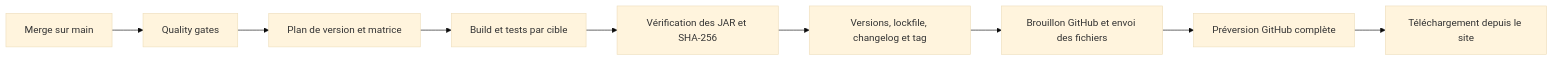
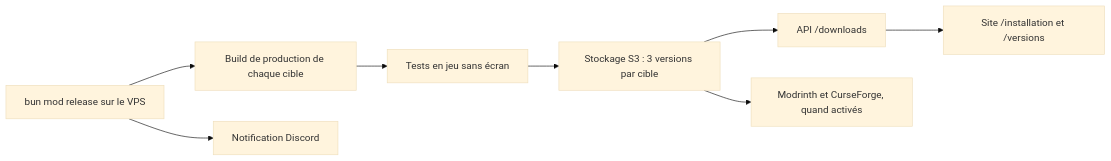
The diagram in docs/features/automatic-releases.md (For-Hives/minemories), drawn with Mermaid (base theme) before and after one commit. The commit also changed other lines of this file and 9 other files, not shown here.

Commit message:
docs: décrire le nouveau flux de release (bun mod, S3, API) et retirer la chaîne GitHub

````diff
--- a/docs/features/automatic-releases.md
+++ b/docs/features/automatic-releases.md
@@ -11,11 +7,10 @@
 ```mermaid
 flowchart LR
-  A[Merge sur main] --> B[Quality gates]
-  B --> C[Plan de version et matrice]
-  C --> D[Build et tests par cible]
-  D --> E[Vérification des JAR et SHA-256]
-  E --> F[Versions, lockfile, changelog et tag]
-  F --> G[Brouillon GitHub et envoi des fichiers]
-  G --> H[Préversion GitHub complète]
-  H --> I[Téléchargement depuis le site]
+  A[bun mod release sur le VPS] --> B[Build de production de chaque cible]
+  B --> C[Tests en jeu sans écran]
+  C --> D[Stockage S3 : 3 versions par cible]
+  D --> E[API /downloads]
+  E --> F[Site /installation et /versions]
+  D --> G[Modrinth et CurseForge, quand activés]
+  A --> H[Notification Discord]
 ```
````
